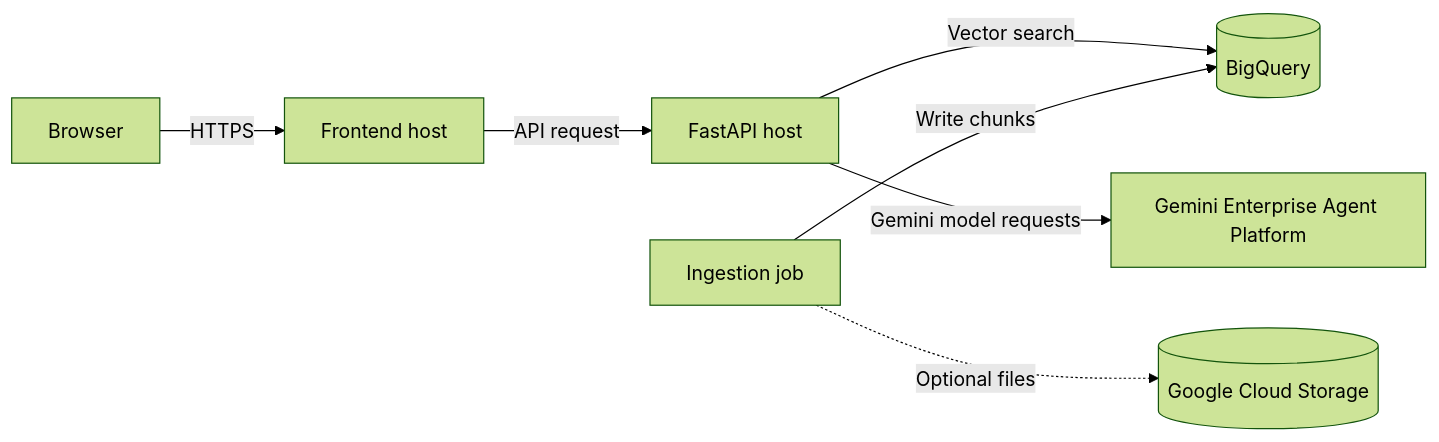
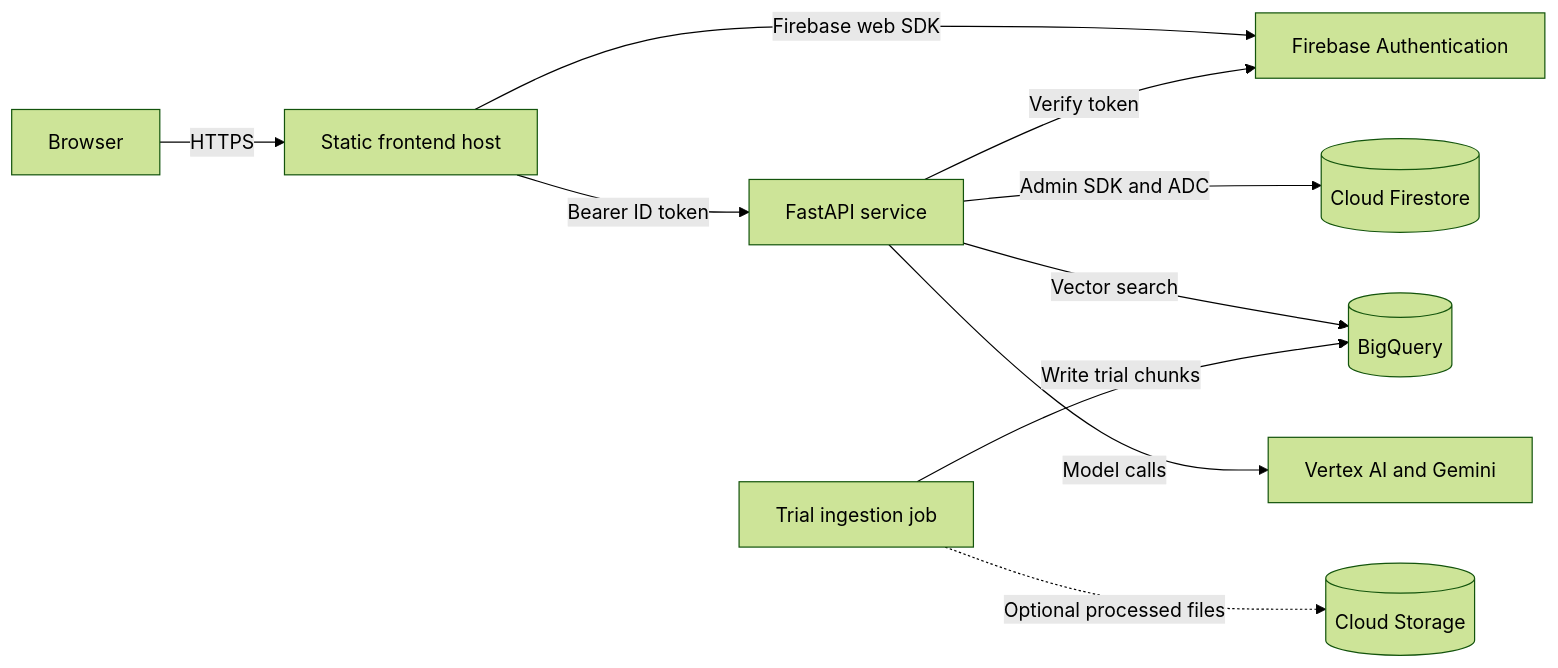
The fifth of 7 diagrams in ARCHITECTURE.md (Aditya190704/CLINICAL-TRIAL-RAG-), drawn with Mermaid (forest theme) before and after one commit. The commit also changed other lines of this file and 26 other files, not shown here.

````diff
--- a/ARCHITECTURE.md
+++ b/ARCHITECTURE.md
@@ -170,9 +176,12 @@
 ```mermaid
 flowchart LR
-    BROWSER[Browser] -->|HTTPS| FRONTEND[Frontend host]
-    FRONTEND -->|API request| API[FastAPI host]
+    Browser[Browser] -->|HTTPS| Frontend[Static frontend host]
+    Frontend -->|Firebase web SDK| Auth[Firebase Authentication]
+    Frontend -->|Bearer ID token| API[FastAPI service]
+    API -->|Verify token| Auth
+    API -->|Admin SDK and ADC| Firestore[(Cloud Firestore)]
     API -->|Vector search| BQ[(BigQuery)]
-    API -->|Gemini model requests| VERTEX[Gemini Enterprise Agent Platform]
-    INGEST[Ingestion job] -->|Write chunks| BQ
-    INGEST -. Optional files .-> GCS[(Google Cloud Storage)]
+    API -->|Model calls| Vertex[Vertex AI and Gemini]
+    Job[Trial ingestion job] -->|Write trial chunks| BQ
+    Job -. Optional processed files .-> GCS[(Cloud Storage)]
 ```
````
